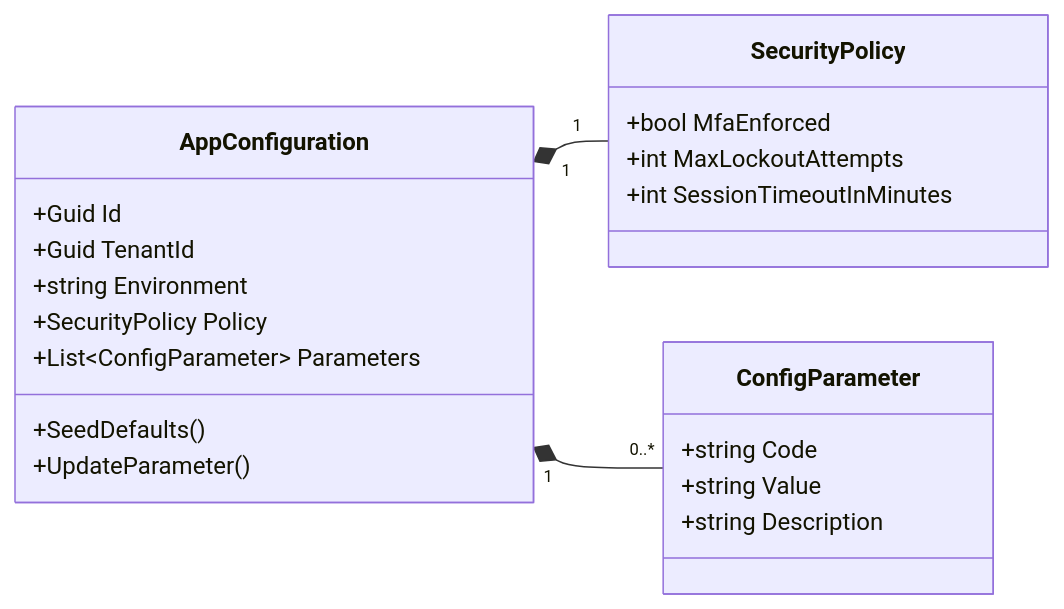
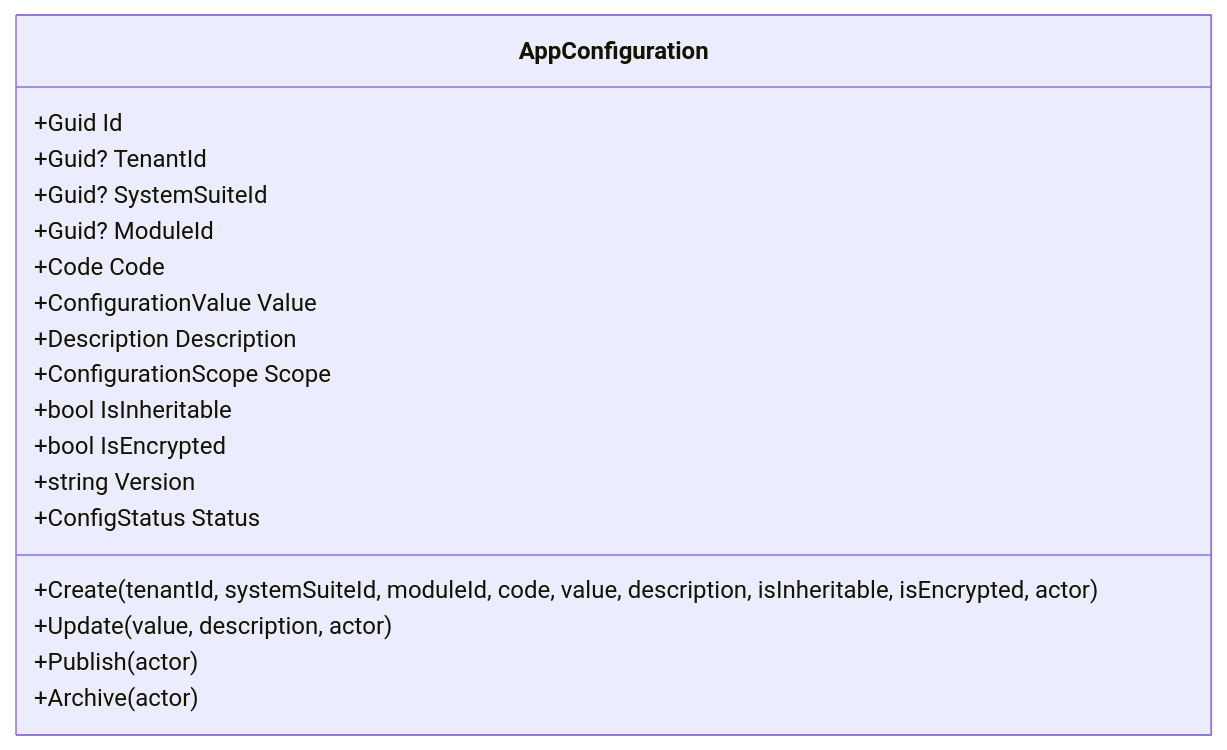
The first of 3 diagrams in docs/domain/configuration/app-configuration.md (beyondnetcode/ums), drawn with Mermaid before and after one commit. The commit also changed other lines of this file and 19 other files, not shown here.

````diff
--- a/docs/domain/configuration/app-configuration.md
+++ b/docs/domain/configuration/app-configuration.md
@@ -82,25 +80,21 @@
 ```mermaid
 classDiagram
-    direction LR
     class AppConfiguration {
         +Guid Id
-        +Guid TenantId
-        +string Environment
-        +SecurityPolicy Policy
-        +List~ConfigParameter~ Parameters
-        +SeedDefaults()
-        +UpdateParameter()
+        +Guid? TenantId
+        +Guid? SystemSuiteId
+        +Guid? ModuleId
+        +Code Code
+        +ConfigurationValue Value
+        +Description Description
+        +ConfigurationScope Scope
+        +bool IsInheritable
+        +bool IsEncrypted
+        +string Version
+        +ConfigStatus Status
+        +Create(tenantId, systemSuiteId, moduleId, code, value, description, isInheritable, isEncrypted, actor)
+        +Update(value, description, actor)
+        +Publish(actor)
+        +Archive(actor)
     }
-    class SecurityPolicy {
-        +bool MfaEnforced
-        +int MaxLockoutAttempts
-        +int SessionTimeoutInMinutes
-    }
-    class ConfigParameter {
-        +string Code
-        +string Value
-        +string Description
-    }
-    AppConfiguration "1" *-- "1" SecurityPolicy
-    AppConfiguration "1" *-- "0..*" ConfigParameter
 ```
````
